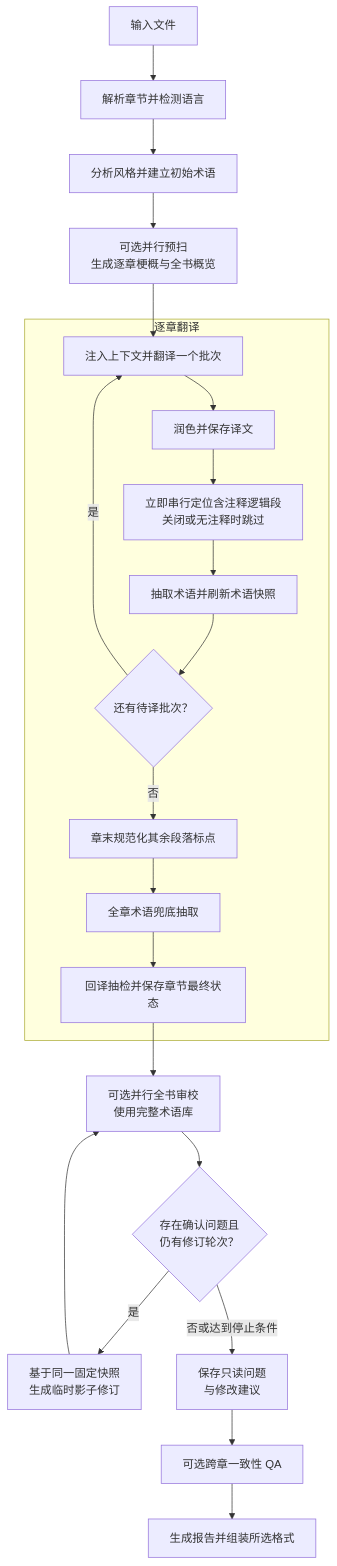
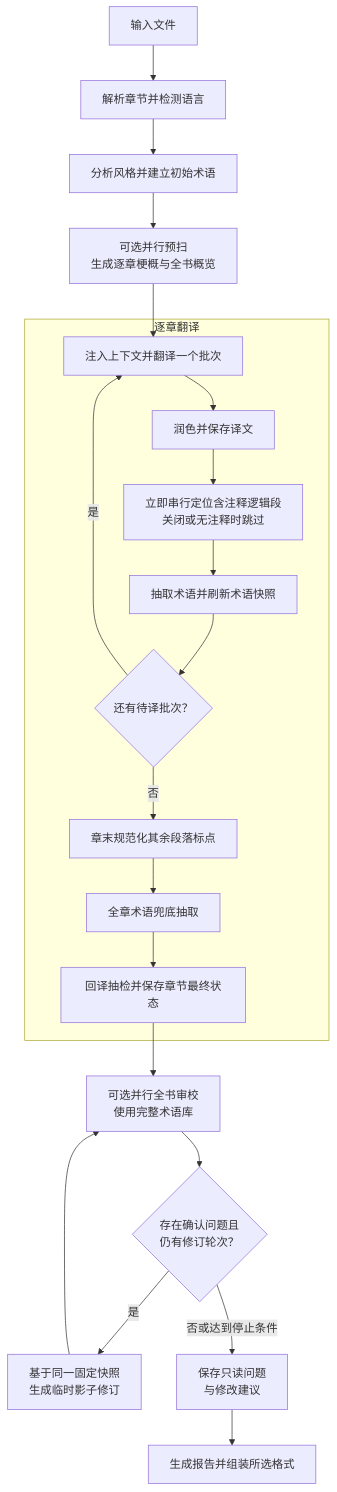
The diagram in docs/zh/README.md (BigDawnGhost/wenyi), drawn with Mermaid before and after one commit. The commit also changed other lines of this file and 23 other files, not shown here.

````diff
--- a/docs/zh/README.md
+++ b/docs/zh/README.md
@@ -158,27 +155,26 @@
 ```mermaid
 flowchart TD
     A[输入文件] --> B[解析章节并检测语言]
     B --> C[分析风格并建立初始术语]
     C --> D[可选并行预扫<br/>生成逐章梗概与全书概览]
     D --> E
 
     subgraph T[逐章翻译]
         E[注入上下文并翻译一个批次]
         E --> F[润色并保存译文]
         F --> FA[立即串行定位含注释逻辑段<br/>关闭或无注释时跳过]
         FA --> G[抽取术语并刷新术语快照]
         G --> H{还有待译批次？}
         H -- 是 --> E
         H -- 否 --> I[章末规范化其余段落标点]
         I --> IB[全章术语兜底抽取]
         IB --> J[回译抽检并保存章节最终状态]
     end
 
     J --> K[可选并行全书审校<br/>使用完整术语库]
     K --> N{存在确认问题且<br/>仍有修订轮次？}
     N -- 是 --> O[基于同一固定快照<br/>生成临时影子修订]
     O --> K
     N -- 否或达到停止条件 --> P[保存只读问题<br/>与修改建议]
-    P --> L[可选跨章一致性 QA]
-    L --> M[生成报告并组装所选格式]
+    P --> M[生成报告并组装所选格式]
 ```
````
